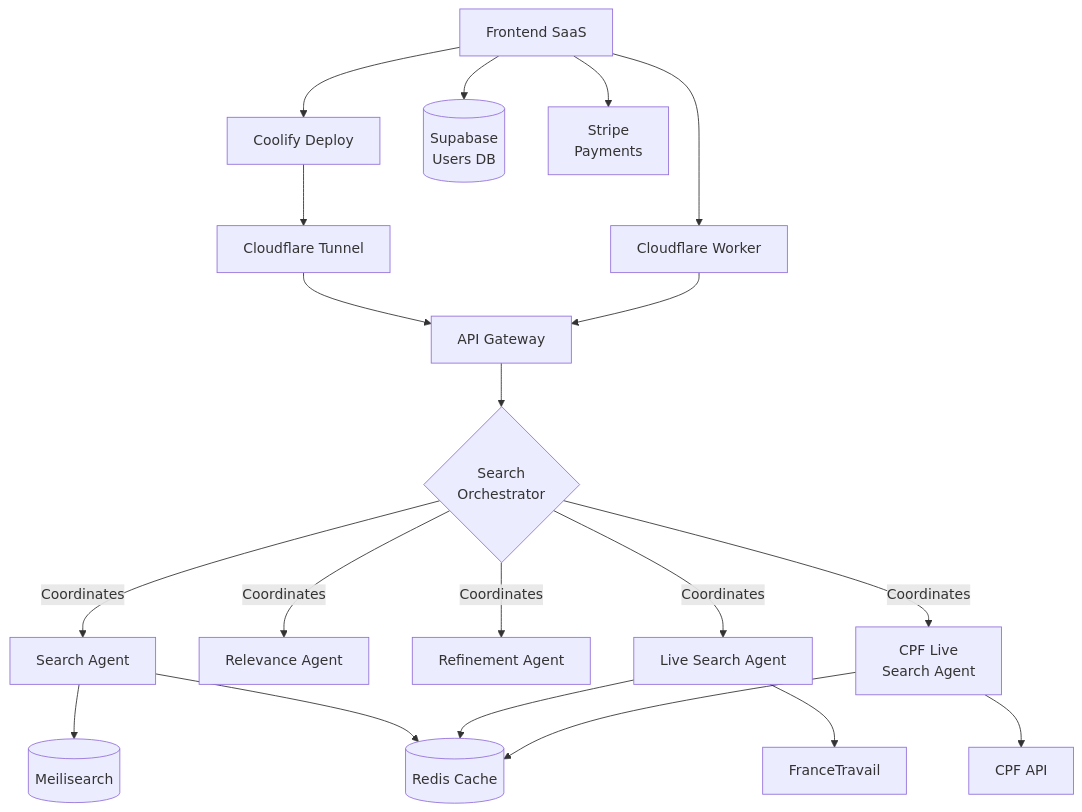
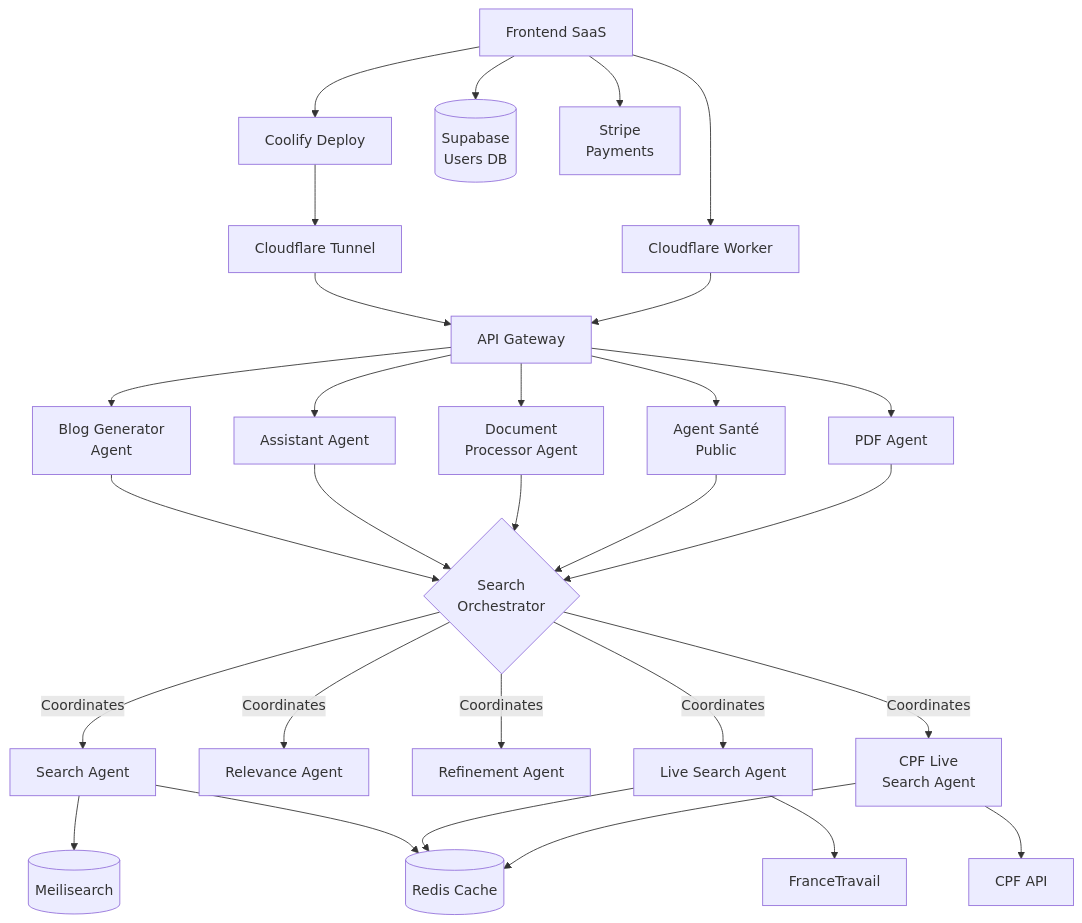
The first of 3 diagrams in README.md (stranxik/passerelle.cc), drawn with Mermaid before and after one commit.

````diff
--- a/README.md
+++ b/README.md
@@ -5,55 +5,73 @@
 ```mermaid
 graph TB
     %% Frontend & Infrastructure
     Frontend[Frontend SaaS]
     Coolify[Coolify Deploy]
     CloudflareTunnel[Cloudflare Tunnel]
     CloudflareWorker[Cloudflare Worker]
     Supabase[(Supabase<br/>Users DB)]
     Stripe[Stripe<br/>Payments]
     
     %% Backend Core
     API[API Gateway]
     Redis[(Redis Cache)]
     Meilisearch[(Meilisearch)]
     
-    %% Agents
+    %% Specialized Agents Layer
+    BlogGeneratorAgent[Blog Generator<br/>Agent]
+    AssistantAgent[Assistant Agent]
+    DocumentProcessor[Document<br/>Processor Agent]
+    AgentSantePublic[Agent Santé<br/>Public]
+    PDFAgent[PDF Agent]
+    
+    %% Search Orchestrator & Agents
     SearchOrchestrator{Search<br/>Orchestrator}
     SearchAgent[Search Agent]
     RelevanceAgent[Relevance Agent]
     RefinementAgent[Refinement Agent]
     LiveSearchAgent[Live Search Agent]
     CPFLiveSearchAgent[CPF Live<br/>Search Agent]
     
     %% External APIs
     CPF[CPF API]
     
     %% Infrastructure Connections
     Frontend --> Coolify
     Coolify --> CloudflareTunnel
     CloudflareTunnel --> API
     Frontend --> CloudflareWorker
     CloudflareWorker --> API
     
     %% Frontend Connections
     Frontend --> Supabase
     Frontend --> Stripe
     
-    %% Backend Flow
-    API --> SearchOrchestrator
+    %% Backend Flow - CORRECTED
+    API --> BlogGeneratorAgent
+    API --> AssistantAgent
+    API --> DocumentProcessor
+    API --> AgentSantePublic
+    API --> PDFAgent
+    BlogGeneratorAgent --> SearchOrchestrator
+    AssistantAgent --> SearchOrchestrator
+    DocumentProcessor --> SearchOrchestrator
+    AgentSantePublic --> SearchOrchestrator
+    PDFAgent --> SearchOrchestrator
+    
+    %% Search Orchestrator Flow
     SearchOrchestrator --> |Coordinates| SearchAgent
     SearchOrchestrator --> |Coordinates| RelevanceAgent
     SearchOrchestrator --> |Coordinates| RefinementAgent
     SearchOrchestrator --> |Coordinates| LiveSearchAgent
     SearchOrchestrator --> |Coordinates| CPFLiveSearchAgent
     
     %% Data Sources
     SearchAgent --> Meilisearch
     LiveSearchAgent --> FranceTravail
     CPFLiveSearchAgent --> CPF
     
     %% Cache
     SearchAgent --> Redis
     LiveSearchAgent --> Redis
     CPFLiveSearchAgent --> Redis
 ```
````
